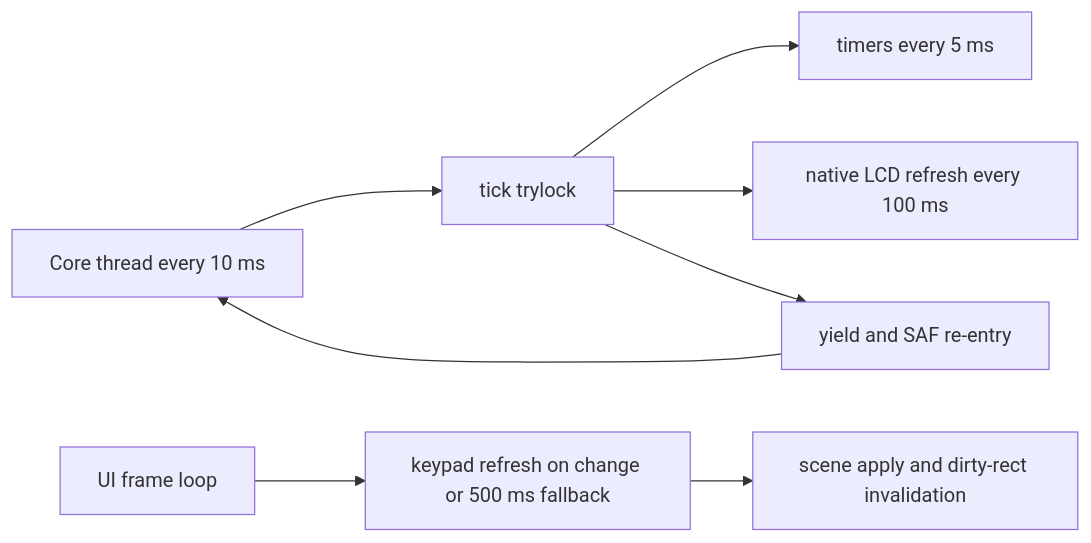
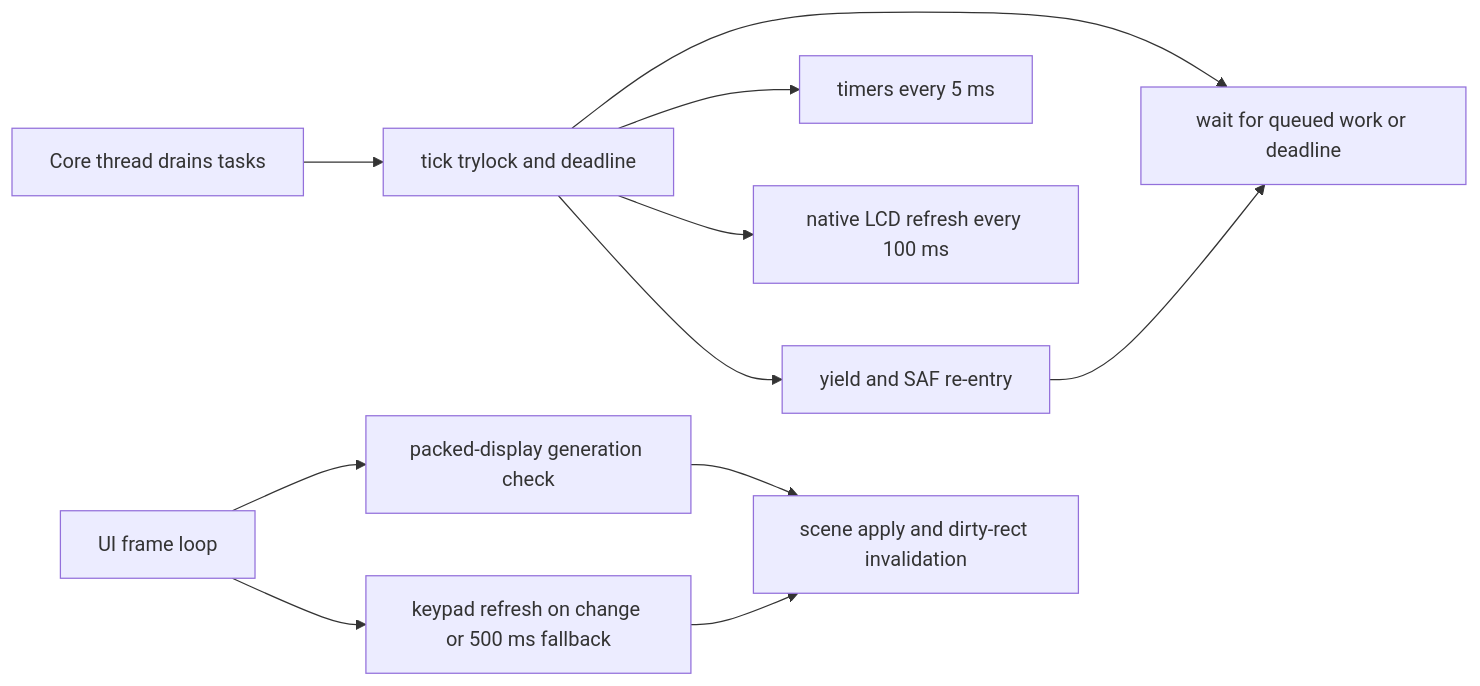
One commit to ppigazzini/r47zen changed the diagram in android/docs/dev/60-runtime-hot-paths.md. Above: the diagram before and after it, drawn with Mermaid. The commit also changed other lines of this file and 4 other files, not shown here.

````diff
--- a/android/docs/dev/60-runtime-hot-paths.md
+++ b/android/docs/dev/60-runtime-hot-paths.md
@@ -25,16 +25,20 @@
 ```mermaid
 flowchart LR
-  A[Core thread every 10 ms]
-  B[tick trylock]
-  C[timers every 5 ms]
-  D[native LCD refresh every 100 ms]
-  E[UI frame loop]
-  F[keypad refresh on change or 500 ms fallback]
-  G[scene apply and dirty-rect invalidation]
-  H[yield and SAF re-entry]
+  A[Core thread drains tasks]
+  B[tick trylock and deadline]
+  C[wait for queued work or deadline]
+  D[timers every 5 ms]
+  E[native LCD refresh every 100 ms]
+  F[UI frame loop]
+  G[packed-display generation check]
+  H[keypad refresh on change or 500 ms fallback]
+  I[scene apply and dirty-rect invalidation]
+  J[yield and SAF re-entry]
 
   A --> B --> C
   B --> D
-  E --> F --> G
-  B --> H --> A
+  B --> E
+  F --> G --> I
+  F --> H --> I
+  B --> J --> C
 ```
````
